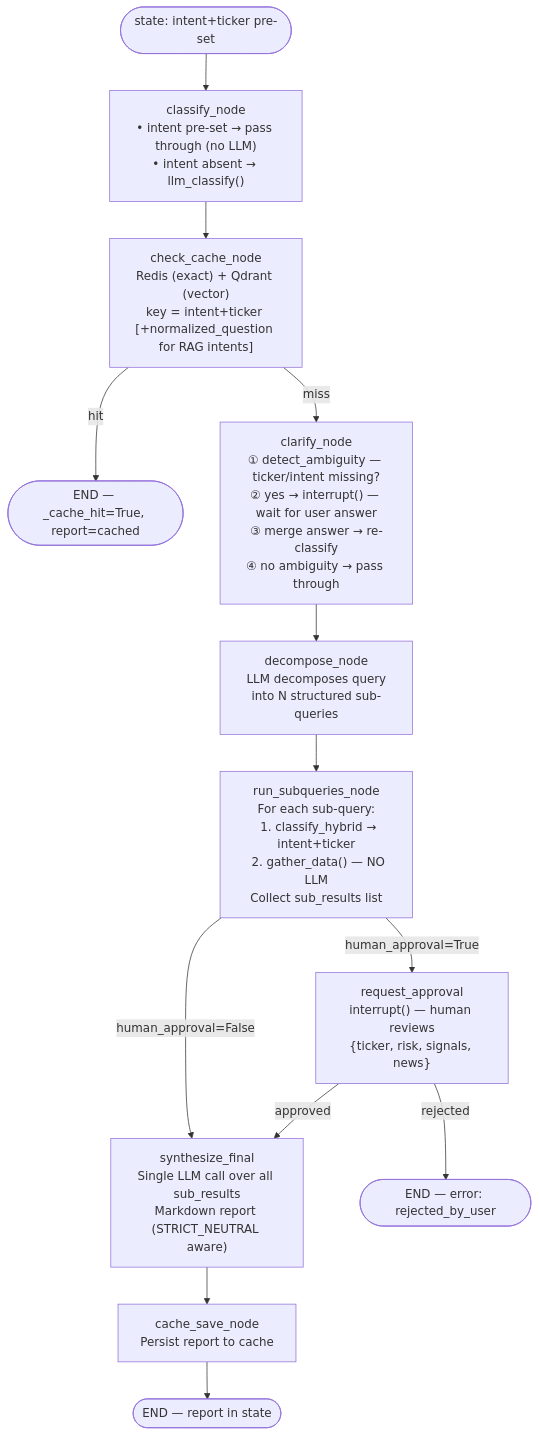
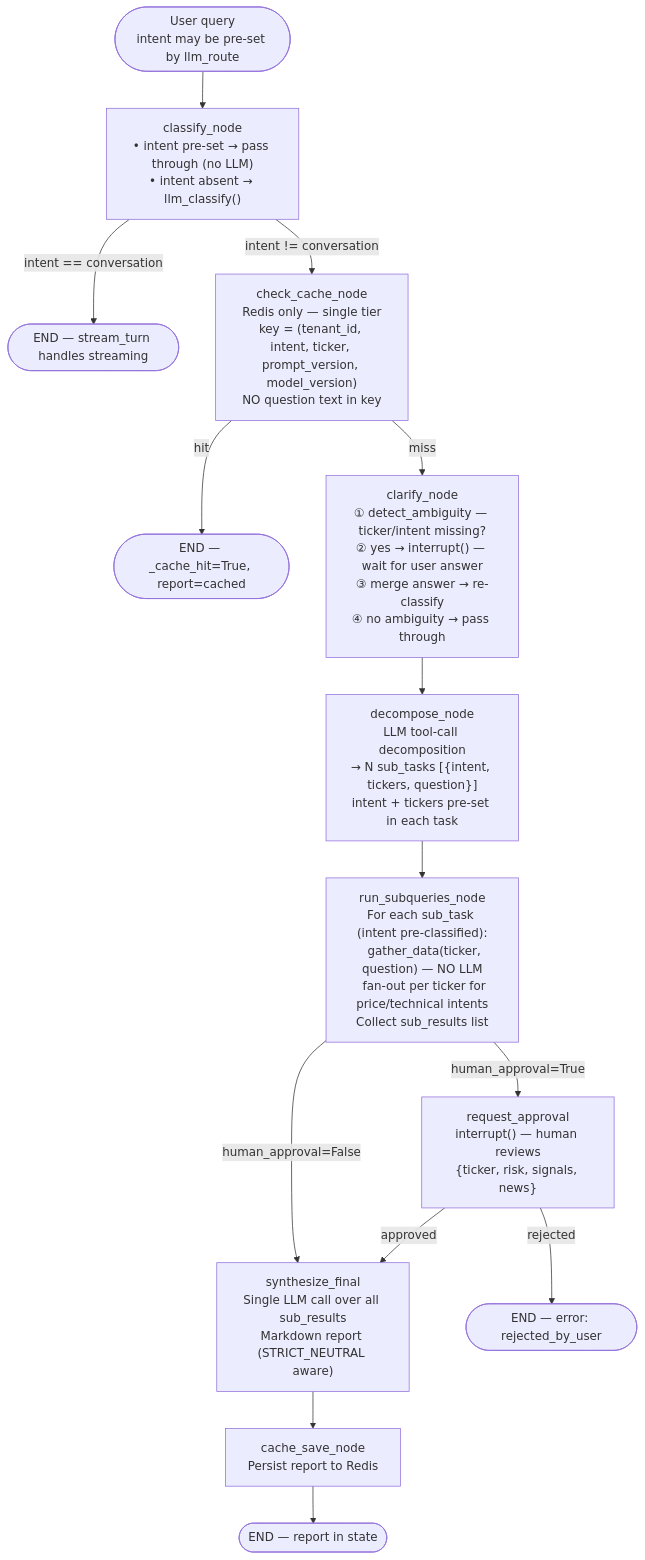
One commit to daominh6879/vn-market-analysis-agent changed the second of 2 diagrams in docs/graph-flow.md. Above: the diagram before and after it, drawn with Mermaid. The commit also changed other lines of this file, not shown here.

First line of the commit message:
docs(graph-flow): sync with current pipeline — single-tier cache, intent-level key, no per-subquery classify

````diff
--- a/docs/graph-flow.md
+++ b/docs/graph-flow.md
@@ -42,32 +42,33 @@
 ```mermaid
 flowchart TD
-    IN([state: intent+ticker pre-set]) --> classify_node
+    IN([User query\nintent may be pre-set by llm_route]) --> classify_node
 
     classify_node["classify_node\n• intent pre-set → pass through (no LLM)\n• intent absent → llm_classify()"]
 
-    classify_node --> check_cache_node
+    classify_node -->|intent == conversation| END0([END — stream_turn handles streaming])
+    classify_node -->|intent != conversation| check_cache_node
 
-    check_cache_node["check_cache_node\nRedis (exact) + Qdrant (vector)\nkey = intent+ticker [+normalized_question for RAG intents]"]
+    check_cache_node["check_cache_node\nRedis only — single tier\nkey = (tenant_id, intent, ticker, prompt_version, model_version)\nNO question text in key"]
     check_cache_node -->|hit| END2([END — _cache_hit=True, report=cached])
     check_cache_node -->|miss| clarify_node
 
     clarify_node["clarify_node\n① detect_ambiguity — ticker/intent missing?\n② yes → interrupt() — wait for user answer\n③ merge answer → re-classify\n④ no ambiguity → pass through"]
     clarify_node --> decompose_node
 
-    decompose_node["decompose_node\nLLM decomposes query\ninto N structured sub-queries"]
+    decompose_node["decompose_node\nLLM tool-call decomposition\n→ N sub_tasks [{intent, tickers, question}]\nintent + tickers pre-set in each task"]
     decompose_node --> run_subqueries_node
 
-    run_subqueries_node["run_subqueries_node\nFor each sub-query:\n  1. classify_hybrid → intent+ticker\n  2. gather_data() — NO LLM\nCollect sub_results list"]
+    run_subqueries_node["run_subqueries_node\nFor each sub_task (intent pre-classified):\n  gather_data(ticker, question) — NO LLM\n  fan-out per ticker for price/technical intents\nCollect sub_results list"]
     run_subqueries_node -->|human_approval=False| synthesize_final
     run_subqueries_node -->|human_approval=True| request_approval
 
     request_approval["request_approval\ninterrupt() — human reviews\n{ticker, risk, signals, news}"]
     request_approval -->|approved| synthesize_final
     request_approval -->|rejected| END3([END — error: rejected_by_user])
 
     synthesize_final["synthesize_final\nSingle LLM call over all sub_results\nMarkdown report (STRICT_NEUTRAL aware)"]
     synthesize_final --> cache_save_node
 
-    cache_save_node["cache_save_node\nPersist report to cache"]
+    cache_save_node["cache_save_node\nPersist report to Redis"]
     cache_save_node --> END4([END — report in state])
 ```
````
